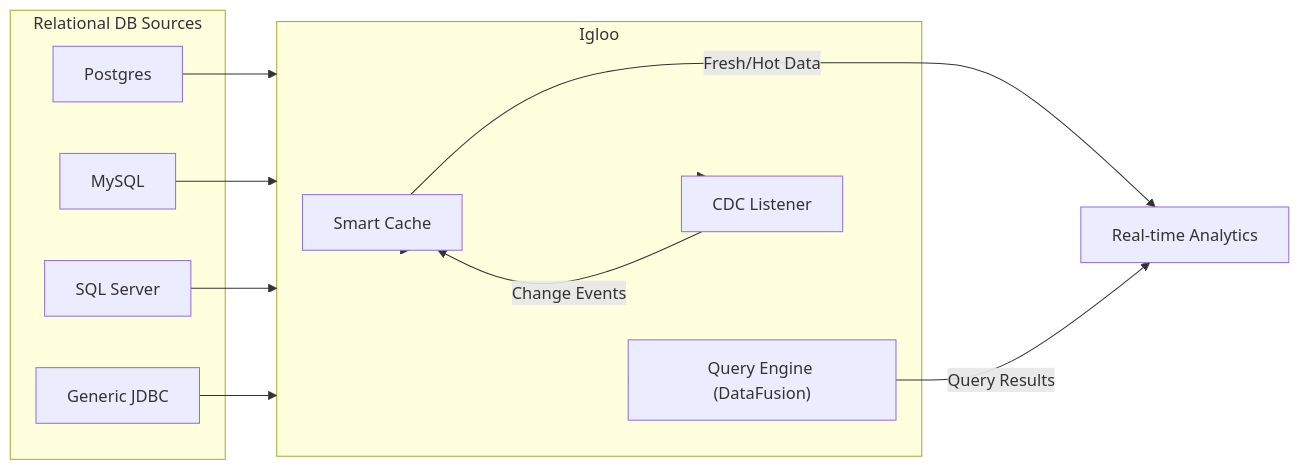
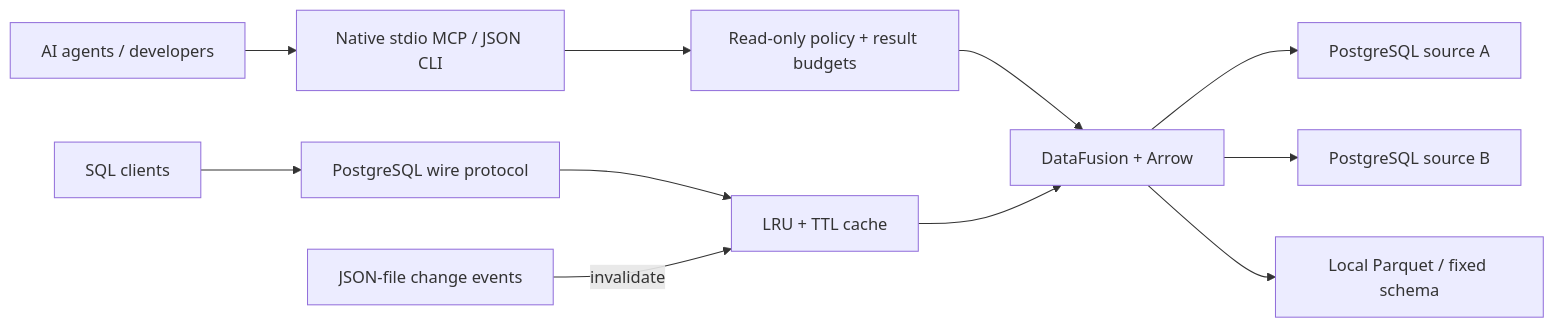
Before and after one commit to igloodb/igloodb: the diagram in README.md, drawn with Mermaid. The commit also changed other lines of this file and 15 other files, not shown here.

First line of the commit message:
Add read-only MCP and JSON interfaces for AI agents

````diff
--- a/README.md
+++ b/README.md
@@ -14,24 +61,13 @@
 ```mermaid
 flowchart LR
-    subgraph DataSources["Relational DB Sources"]
-        PG["Postgres"]
-        MY["MySQL"]
-        MSSQL["SQL Server"]
-        JDBC["Generic JDBC"]
-    end
-    PG --> IGLOO
-    MY --> IGLOO
-    MSSQL --> IGLOO
-    JDBC --> IGLOO
-    subgraph IGLOO["Igloo"]
-        CACHE["Smart Cache"]
-        ENGINE["Query Engine (DataFusion)"]
-        CDC["CDC Listener"]
-    end
-    IGLOO --> CACHE
-    IGLOO --> ENGINE
-    IGLOO --> CDC
-    CACHE -- "Fresh/Hot Data" --> ANALYTICS["Real-time Analytics"]
-    ENGINE -- "Query Results" --> ANALYTICS
-    CDC -- "Change Events" --> CACHE
+    AGENTS["AI agents / developers"] --> MCP["Native stdio MCP / JSON CLI"]
+    MCP --> POLICY["Read-only policy + result budgets"]
+    POLICY --> ENGINE["DataFusion + Arrow"]
+    CLIENT["SQL clients"] --> PGWIRE["PostgreSQL wire protocol"]
+    PGWIRE --> CACHE["LRU + TTL cache"]
+    CACHE --> ENGINE
+    CDC["JSON-file change events"] -->|invalidate| CACHE
+    ENGINE --> PG1["PostgreSQL source A"]
+    ENGINE --> PG2["PostgreSQL source B"]
+    ENGINE --> PARQUET["Local Parquet / fixed schema"]
 ```
````
